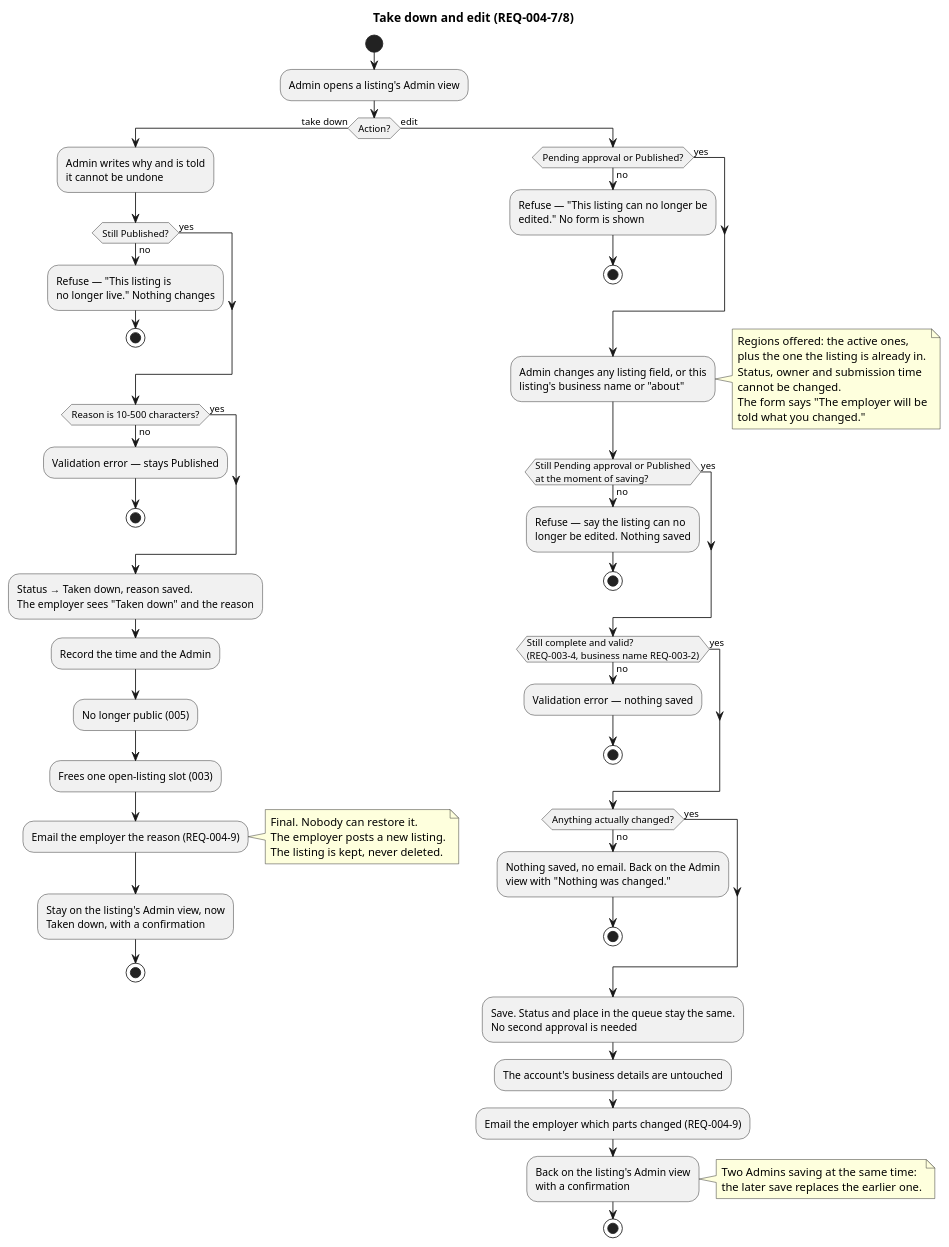
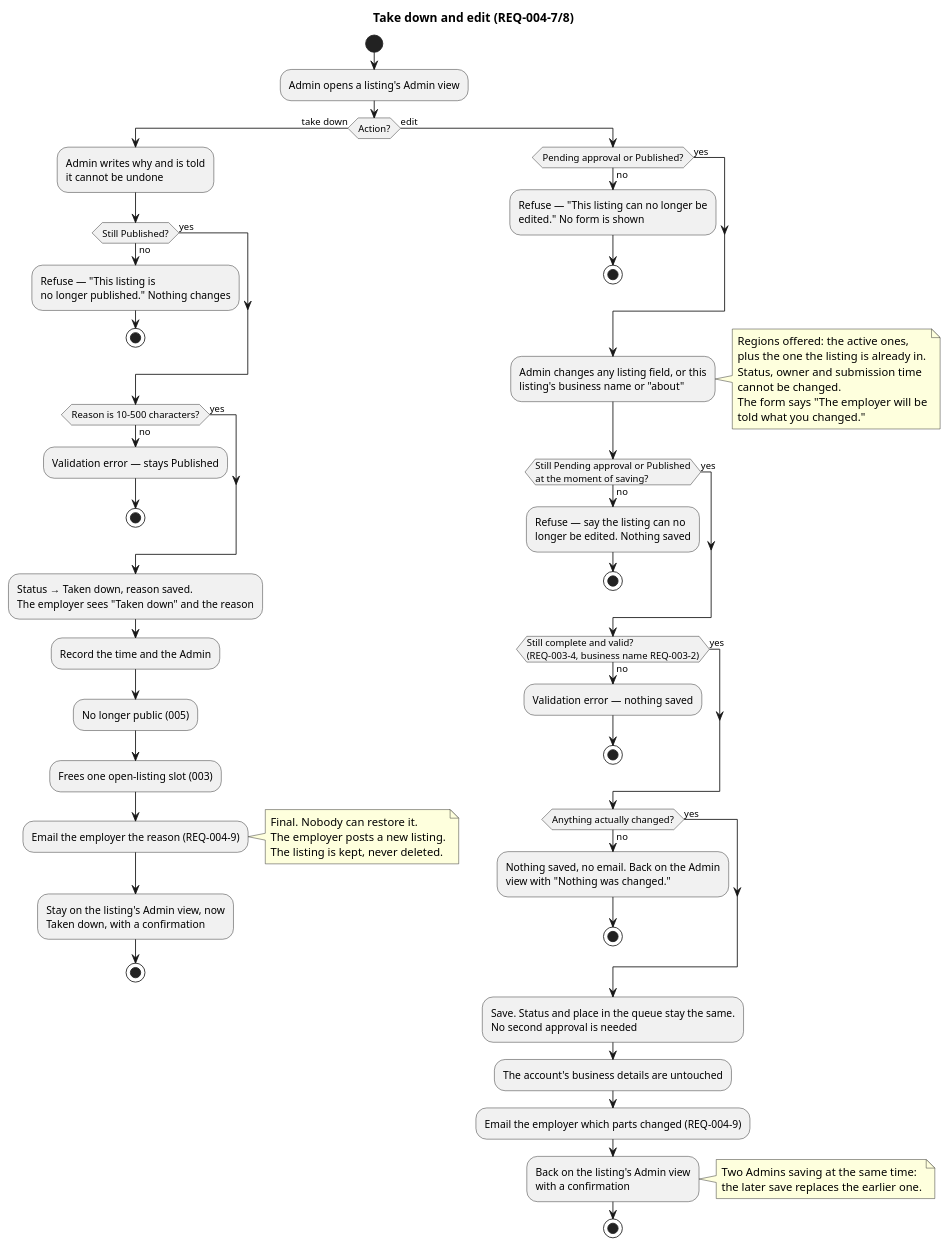
One commit to raseniero/jairojobs-elixir changed the diagram in docs/specs/004-listings-admin-moderation/diagrams/activity-take-down-and-edit.puml. Above: the diagram before and after it, drawn with PlantUML. The commit also changed 38 other files, not shown here.

Commit message:
refactor(listings): the Published status is called "Published" on screens, in email and in the Admin list's address, no longer "Live" (REQ-003-9, REQ-003-10, REQ-004-3, REQ-004-7, REQ-004-9)

```diff
--- a/docs/specs/004-listings-admin-moderation/diagrams/activity-take-down-and-edit.puml
+++ b/docs/specs/004-listings-admin-moderation/diagrams/activity-take-down-and-edit.puml
@@ -1,81 +1,81 @@
 @startuml activity-take-down-and-edit
-' Spec 004 — taking down a live listing, and Admin edits (REQ-004-7, -8)
+' Spec 004 — taking down a published listing, and Admin edits (REQ-004-7, -8)
 title Take down and edit (REQ-004-7/8)
 
 start
 :Admin opens a listing's Admin view;
 if (Action?) then (take down)
   :Admin writes why and is told
   it cannot be undone;
   if (Still Published?) then (no)
     :Refuse — "This listing is
-    no longer live." Nothing changes;
+    no longer published." Nothing changes;
     stop
   else (yes)
   endif
   if (Reason is 10–500 characters?) then (no)
     :Validation error — stays Published;
     stop
   else (yes)
   endif
   :Status → Taken down, reason saved.
   The employer sees "Taken down" and the reason;
   :Record the time and the Admin;
   :No longer public (005);
   :Frees one open-listing slot (003);
   :Email the employer the reason (REQ-004-9);
   note right
     Final. Nobody can restore it.
     The employer posts a new listing.
     The listing is kept, never deleted.
   end note
   :Stay on the listing's Admin view, now
   Taken down, with a confirmation;
   stop
 else (edit)
   if (Pending approval or Published?) then (no)
     :Refuse — "This listing can no longer be
     edited." No form is shown;
     stop
   else (yes)
   endif
   :Admin changes any listing field, or this
   listing's business name or "about";
   note right
     Regions offered: the active ones,
     plus the one the listing is already in.
     Status, owner and submission time
     cannot be changed.
     The form says "The employer will be
     told what you changed."
   end note
   if (Still Pending approval or Published\nat the moment of saving?) then (no)
     :Refuse — say the listing can no
     longer be edited. Nothing saved;
     stop
   else (yes)
   endif
   if (Still complete and valid?\n(REQ-003-4, business name REQ-003-2)) then (no)
     :Validation error — nothing saved;
     stop
   else (yes)
   endif
   if (Anything actually changed?) then (no)
     :Nothing saved, no email. Back on the Admin
     view with "Nothing was changed.";
     stop
   else (yes)
   endif
   :Save. Status and place in the queue stay the same.
   No second approval is needed;
   :The account's business details are untouched;
   :Email the employer which parts changed (REQ-004-9);
   :Back on the listing's Admin view
   with a confirmation;
   note right
     Two Admins saving at the same time:
     the later save replaces the earlier one.
   end note
   stop
 endif
 @enduml
```
